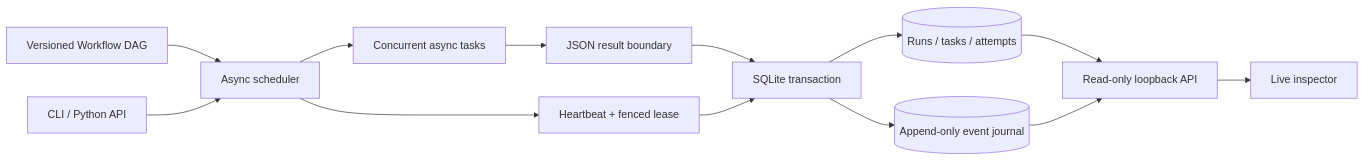
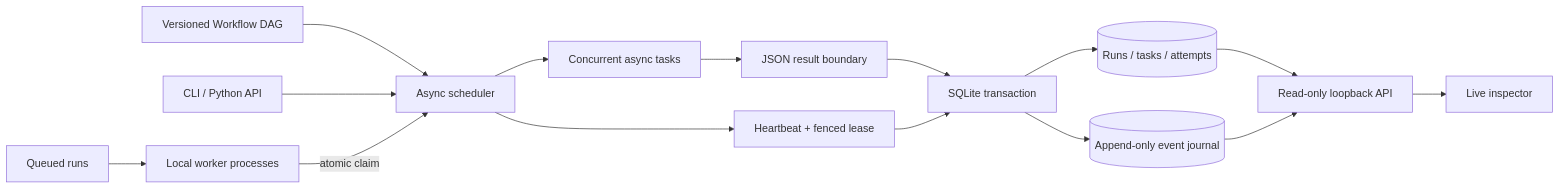
Before and after one commit to Sanjays2402/retrace: the first of 3 diagrams in docs/architecture.md, drawn with Mermaid. The commit also changed other lines of this file and 15 other files, not shown here.

Commit message:
Add local worker pool with atomic queue claims and recovery topology

````diff
--- a/docs/architecture.md
+++ b/docs/architecture.md
@@ -6,15 +6,17 @@
 ```mermaid
 flowchart LR
     Definition[Versioned Workflow DAG] --> Engine[Async scheduler]
     CLI[CLI / Python API] --> Engine
+    Queue[Queued runs] --> Workers[Local worker processes]
+    Workers -->|atomic claim| Engine
     Engine --> Tasks[Concurrent async tasks]
     Tasks --> Checkpoint[JSON result boundary]
     Checkpoint --> Store[SQLite transaction]
     Engine --> Lease[Heartbeat + fenced lease]
     Lease --> Store
     Store --> State[(Runs / tasks / attempts)]
     Store --> Events[(Append-only event journal)]
     State --> HTTP[Read-only loopback API]
     Events --> HTTP
     HTTP --> Inspector[Live inspector]
 ```
````
